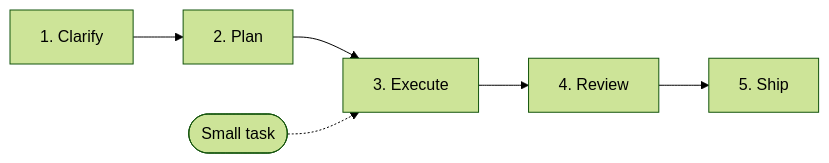
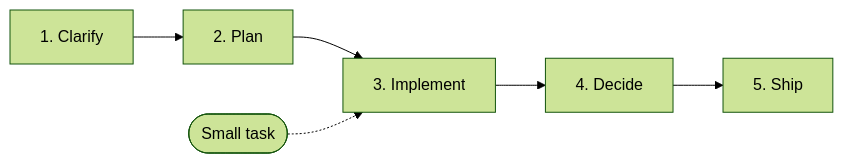
One commit to gentrithalili1/gh44 changed the second of 2 diagrams in README.md. Above: the diagram before and after it, drawn with Mermaid (forest theme). The commit also changed other lines of this file and 2 other files, not shown here.

Commit message:
readme: shorter, same diagrams, stale details fixed

````diff
--- a/README.md
+++ b/README.md
@@ -72,5 +44,5 @@
 ```mermaid
 flowchart LR
-    A[1. Clarify] --> B[2. Plan] --> C[3. Execute] --> D[4. Review] --> E[5. Ship]
+    A[1. Clarify] --> B[2. Plan] --> C[3. Implement] --> D[4. Decide] --> E[5. Ship]
     S([Small task]) -.-> C
 ```
````
